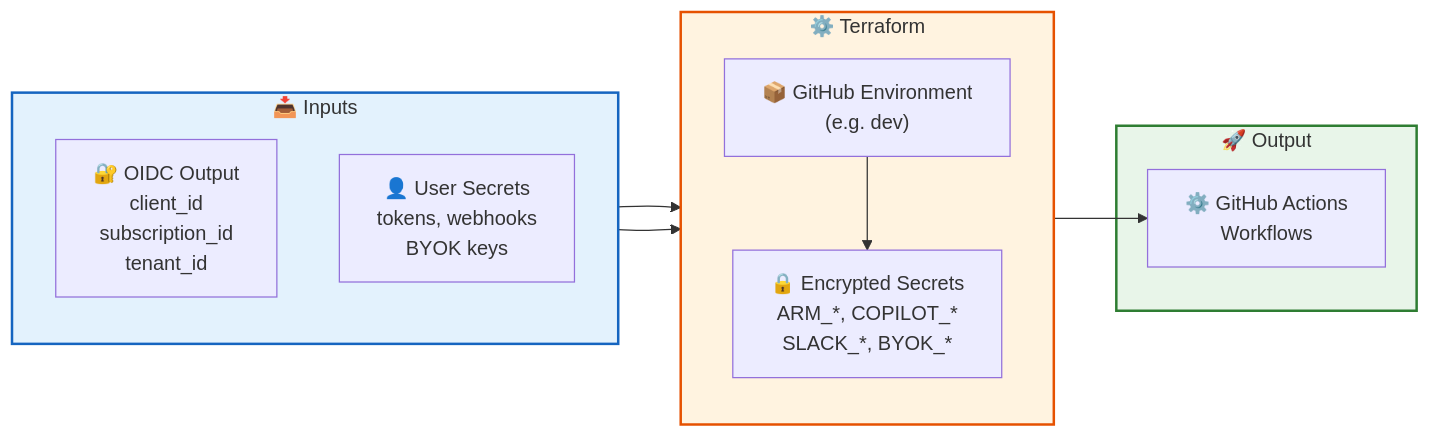
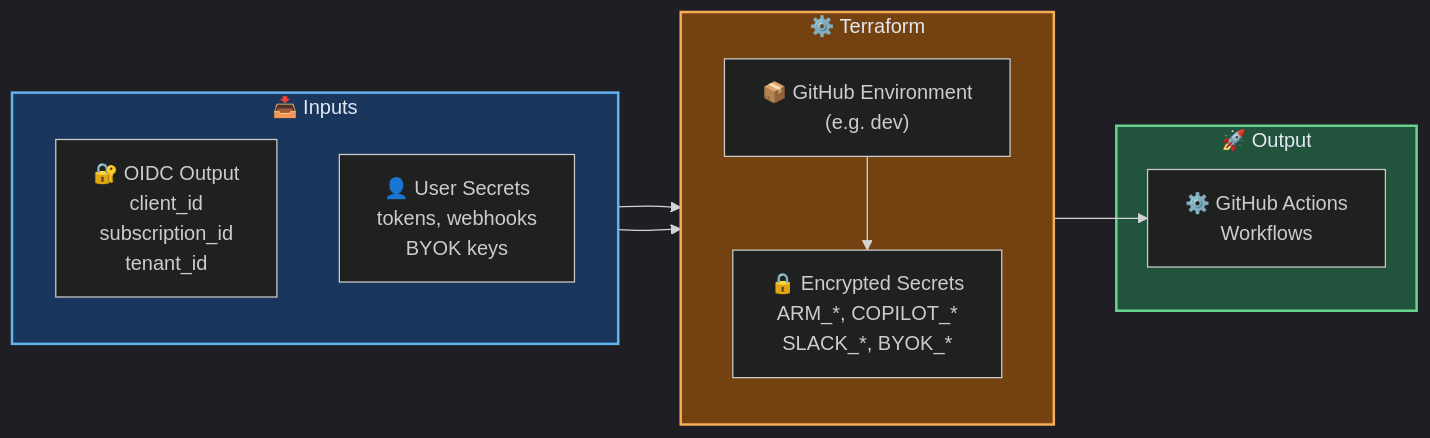
One commit to ks6088ts/template-github-copilot changed the diagram in infra/scenarios/github_secrets/README.md. Above: the diagram before and after it, drawn with Mermaid. The commit also changed other lines of this file and 13 other files, not shown here.

````diff
--- a/infra/scenarios/github_secrets/README.md
+++ b/infra/scenarios/github_secrets/README.md
@@ -24,27 +24,28 @@
 ```mermaid
+%%{init: {'theme': 'dark'}}%%
 flowchart LR
     subgraph Inputs["📥 Inputs"]
         direction TB
         OIDC["🔐 OIDC Output\nclient_id\nsubscription_id\ntenant_id"]
         USER["👤 User Secrets\ntokens, webhooks\nBYOK keys"]
     end
 
     subgraph TF["⚙️ Terraform"]
         direction TB
         ENV["📦 GitHub Environment\n(e.g. dev)"]
         SEC["🔒 Encrypted Secrets\nARM_*, COPILOT_*\nSLACK_*, BYOK_*"]
         ENV --> SEC
     end
 
     subgraph Out["🚀 Output"]
         GA["⚙️ GitHub Actions\nWorkflows"]
     end
 
     OIDC --> ENV
     USER --> ENV
     SEC --> GA
 
-    style Inputs fill:#e3f2fd,stroke:#1565C0,stroke-width:2px
-    style TF fill:#fff3e0,stroke:#e65100,stroke-width:2px
-    style Out fill:#e8f5e9,stroke:#2e7d32,stroke-width:2px
+    style Inputs fill:#1a365d,stroke:#63b3ed,stroke-width:2px,color:#e2e8f0
+    style TF fill:#744210,stroke:#f6ad55,stroke-width:2px,color:#e2e8f0
+    style Out fill:#22543d,stroke:#68d391,stroke-width:2px,color:#e2e8f0
 ```
````
